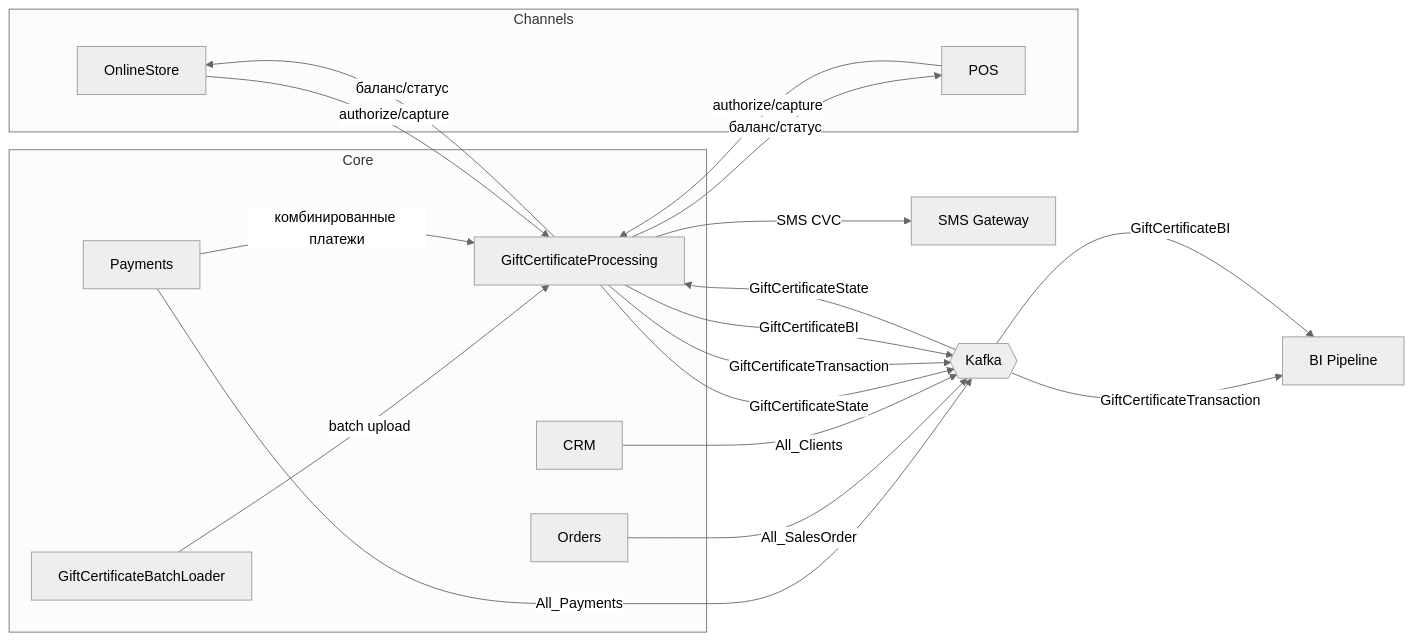
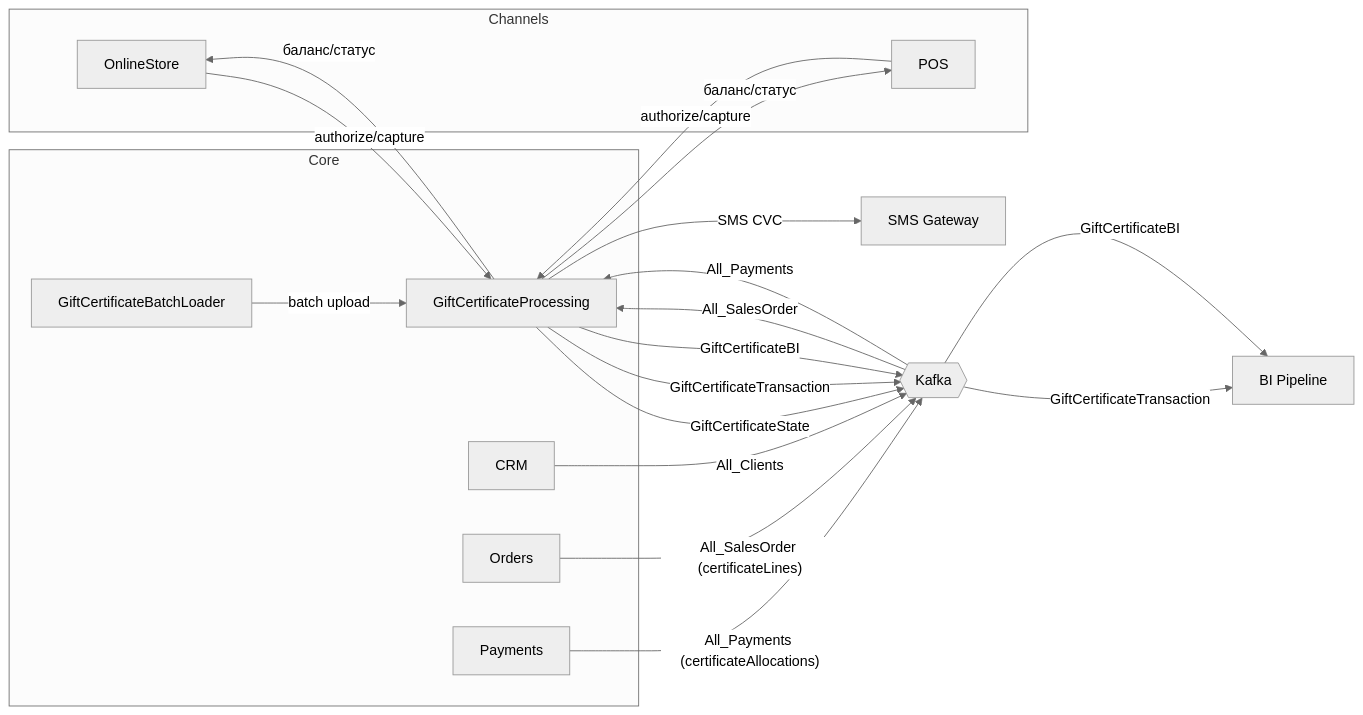
The diagram in specs/architecture.mmd (dobryakov/gift-certs-example2), drawn with Mermaid (neutral theme) before and after one commit. The commit also changed 15 other files, not shown here.

```diff
--- a/specs/architecture.mmd
+++ b/specs/architecture.mmd
@@ -1,37 +1,37 @@
 flowchart LR
   subgraph Channels
     A[OnlineStore]
     B[POS]
   end
 
   subgraph Core
     GC[GiftCertificateProcessing]
     BL[GiftCertificateBatchLoader]
     PAY[Payments]
     ORD[Orders]
     CRM[CRM]
   end
 
   BI[BI Pipeline]
   SMS[SMS Gateway]
 
   Kafka{{Kafka}}
 
   A -- authorize/capture --> GC
   B -- authorize/capture --> GC
   BL -- batch upload --> GC
-  PAY -- All_Payments --> Kafka
-  ORD -- All_SalesOrder --> Kafka
+  PAY -- All_Payments (certificateAllocations) --> Kafka
+  ORD -- All_SalesOrder (certificateLines) --> Kafka
   CRM -- All_Clients --> Kafka
 
-  Kafka -- GiftCertificateState --> GC
+  Kafka -- All_SalesOrder --> GC
+  Kafka -- All_Payments --> GC
   Kafka -- GiftCertificateTransaction --> BI
   Kafka -- GiftCertificateBI --> BI
 
   GC -- GiftCertificateState --> Kafka
   GC -- GiftCertificateTransaction --> Kafka
   GC -- GiftCertificateBI --> Kafka
   GC -- SMS CVC --> SMS
-  PAY -- комбинированные платежи --> GC
   GC -- баланс/статус --> A
   GC -- баланс/статус --> B
```
